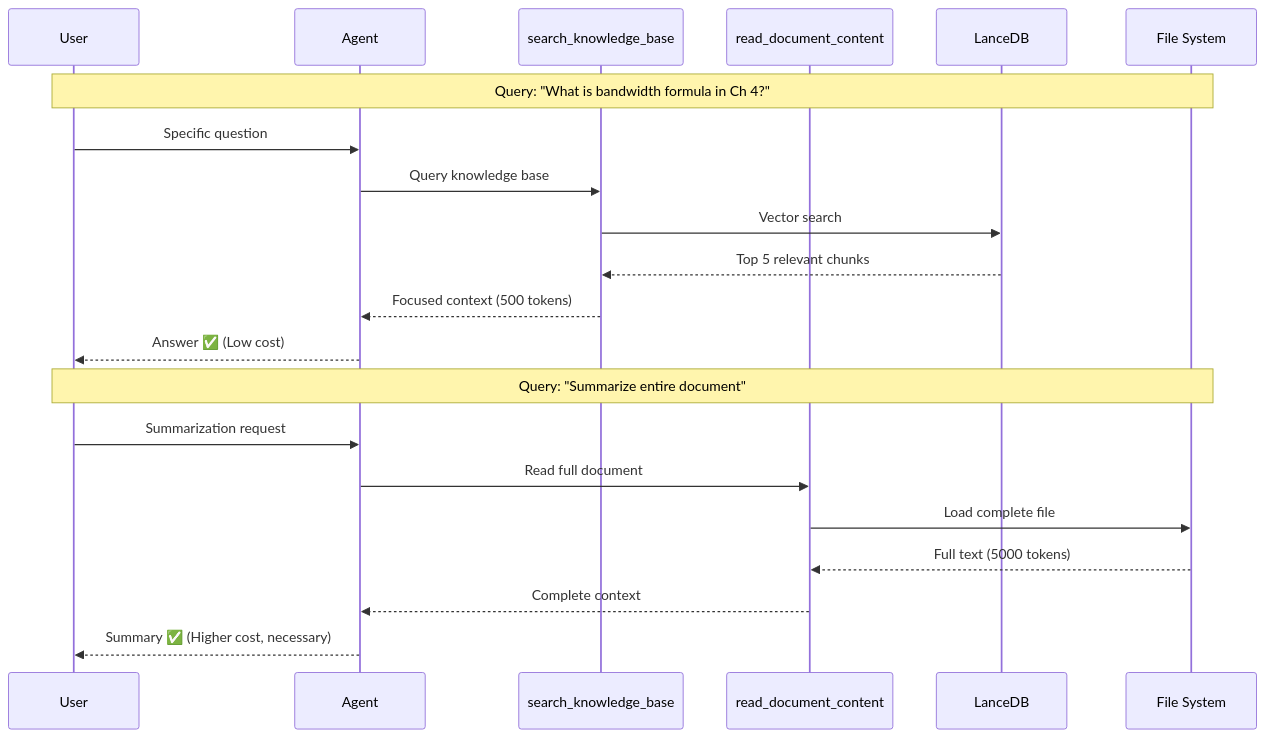
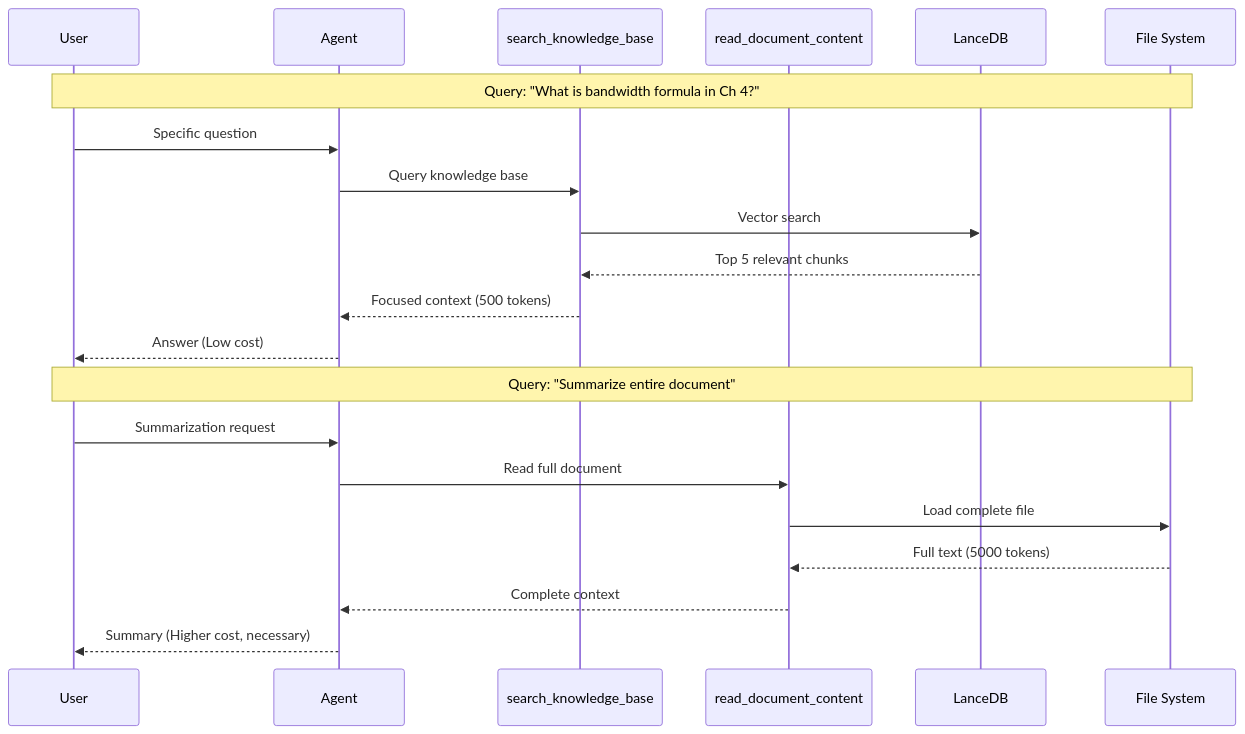
One commit to fenil210/agent-memory-and-personalization changed the second of 3 diagrams in README.md. Above: the diagram before and after it, drawn with Mermaid. The commit also changed other lines of this file and 1 other file, not shown here.

Commit message:
feat: Add API key environment variables and refine README formatting by removing emojis and simplifying the project structure diagram.

````diff
--- a/README.md
+++ b/README.md
@@ -72,25 +72,25 @@
 ```mermaid
 sequenceDiagram
     participant User
     participant Agent
     participant RAG as search_knowledge_base
     participant Full as read_document_content
     participant DB as LanceDB
     participant FS as File System
     
     Note over User,FS: Query: "What is bandwidth formula in Ch 4?"
     User->>Agent: Specific question
     Agent->>RAG: Query knowledge base
     RAG->>DB: Vector search
     DB-->>RAG: Top 5 relevant chunks
     RAG-->>Agent: Focused context (500 tokens)
-    Agent-->>User: Answer ✅ (Low cost)
+    Agent-->>User: Answer  (Low cost)
     
     Note over User,FS: Query: "Summarize entire document"
     User->>Agent: Summarization request
     Agent->>Full: Read full document
     Full->>FS: Load complete file
     FS-->>Full: Full text (5000 tokens)
     Full-->>Agent: Complete context
-    Agent-->>User: Summary ✅ (Higher cost, necessary)
+    Agent-->>User: Summary  (Higher cost, necessary)
 ```
````
